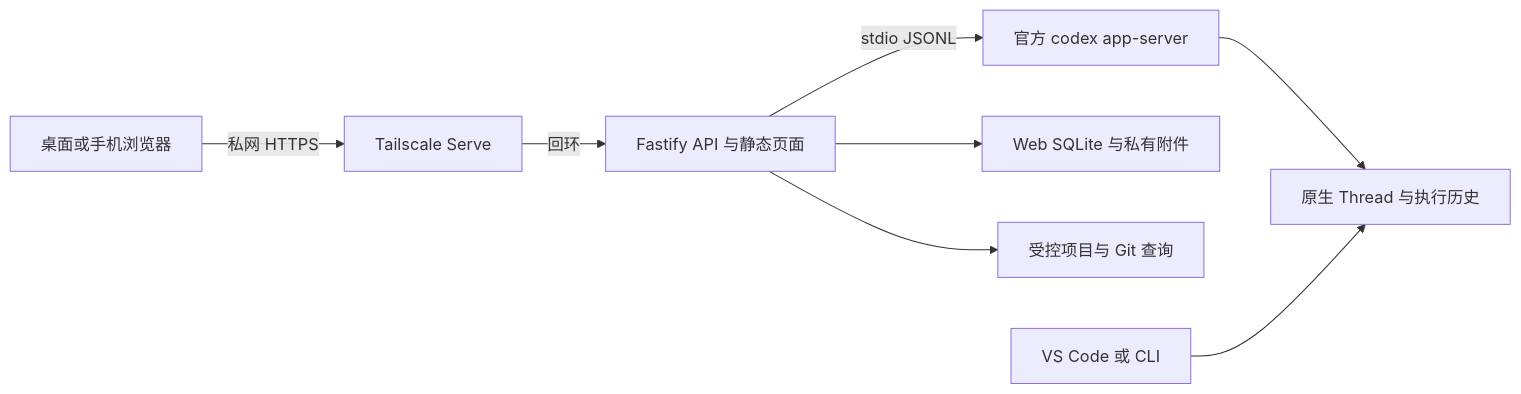
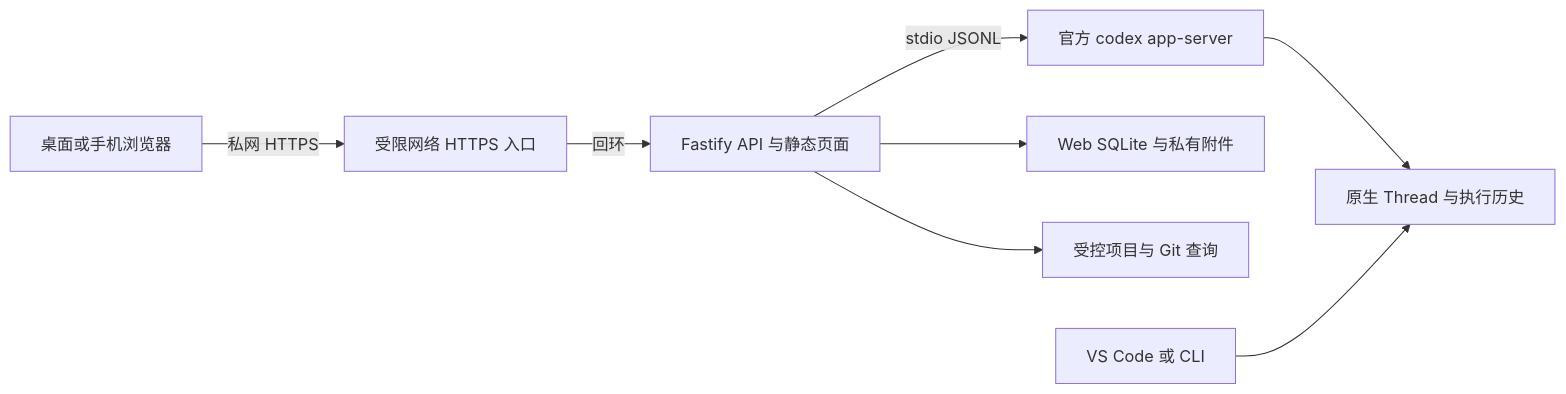
One commit to sxcooler/codex_web changed the diagram in docs/design/architecture.md. Above: the diagram before and after it, drawn with Mermaid. The commit also changed other lines of this file and 19 other files, not shown here.

````diff
--- a/docs/design/architecture.md
+++ b/docs/design/architecture.md
@@ -5,10 +5,10 @@
 ```mermaid
 flowchart LR
-  Browser[桌面或手机浏览器] -->|私网 HTTPS| Serve[Tailscale Serve]
+  Browser[桌面或手机浏览器] -->|私网 HTTPS| Serve[受限网络 HTTPS 入口]
   Serve -->|回环| Web[Fastify API 与静态页面]
   Web -->|stdio JSONL| Codex[官方 codex app-server]
   Web --> Meta[Web SQLite 与私有附件]
   Web --> Git[受控项目与 Git 查询]
   Codex --> Native[原生 Thread 与执行历史]
   Client[VS Code 或 CLI] --> Native
 ```
````
